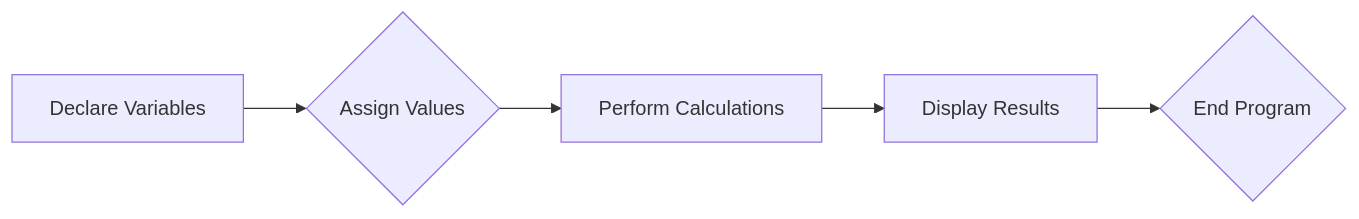
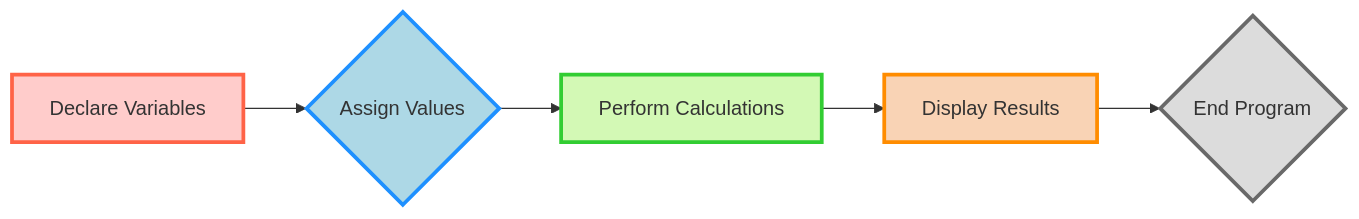
The first of 5 diagrams in _posts/2024-11-14-c-variables-and-constants.md (infoyouth/infoyouth.github.io), drawn with Mermaid before and after one commit. The commit also changed other lines of this file and 1 other file, not shown here.

````diff
--- a/_posts/2024-11-14-c-variables-and-constants.md
+++ b/_posts/2024-11-14-c-variables-and-constants.md
@@ -133,7 +139,16 @@
 ```mermaid
-graph LR
+  graph LR
     A[Declare Variables] --> B{Assign Values}
     B --> C[Perform Calculations]
     C --> D[Display Results]
     D --> E{End Program}
+
+    style A fill:#ffcccb,stroke:#ff6347,stroke-width:3px;
+    style B fill:#add8e6,stroke:#1e90ff,stroke-width:3px;
+    style C fill:#d3f9b5,stroke:#32cd32,stroke-width:3px;
+    style D fill:#f9d3b5,stroke:#ff8c00,stroke-width:3px;
+    style E fill:#dcdcdc,stroke:#696969,stroke-width:3px;
+
+    classDef startEnd fill:#f5f5f5,stroke:#000000,stroke-width:2px;
+    class A,E startEnd;
 ```
````
